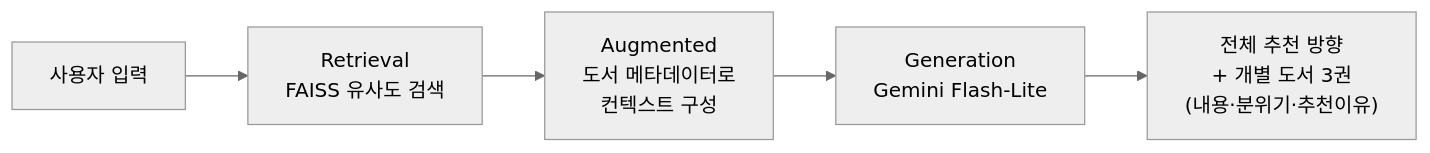
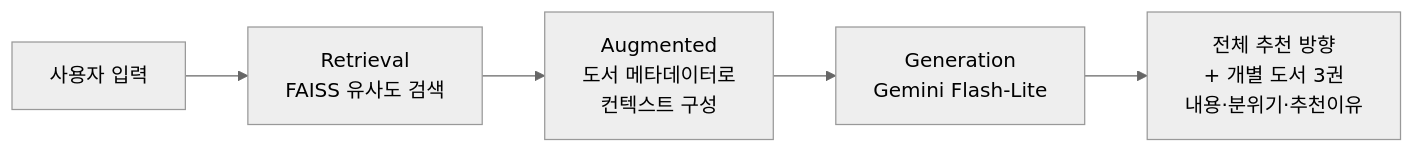
One commit to pssjun/korean-book-recommender changed the second of 2 diagrams in README.md. Above: the diagram before and after it, drawn with Mermaid (neutral theme). The commit also changed other lines of this file, not shown here.

````diff
--- a/README.md
+++ b/README.md
@@ -71,7 +357,7 @@
 ```mermaid
 flowchart LR
-    Q[사용자 입력] --> R["Retrieval<br/>FAISS 유사도 검색"]
+    Q["사용자 입력"] --> R["Retrieval<br/>FAISS 유사도 검색"]
     R --> A["Augmented<br/>도서 메타데이터로<br/>컨텍스트 구성"]
     A --> G["Generation<br/>Gemini Flash-Lite"]
-    G --> O["전체 추천 방향<br/>+ 개별 도서 3권<br/>(내용·분위기·추천이유)"]
+    G --> O["전체 추천 방향<br/>+ 개별 도서 3권<br/>내용·분위기·추천이유"]
 ```
````
